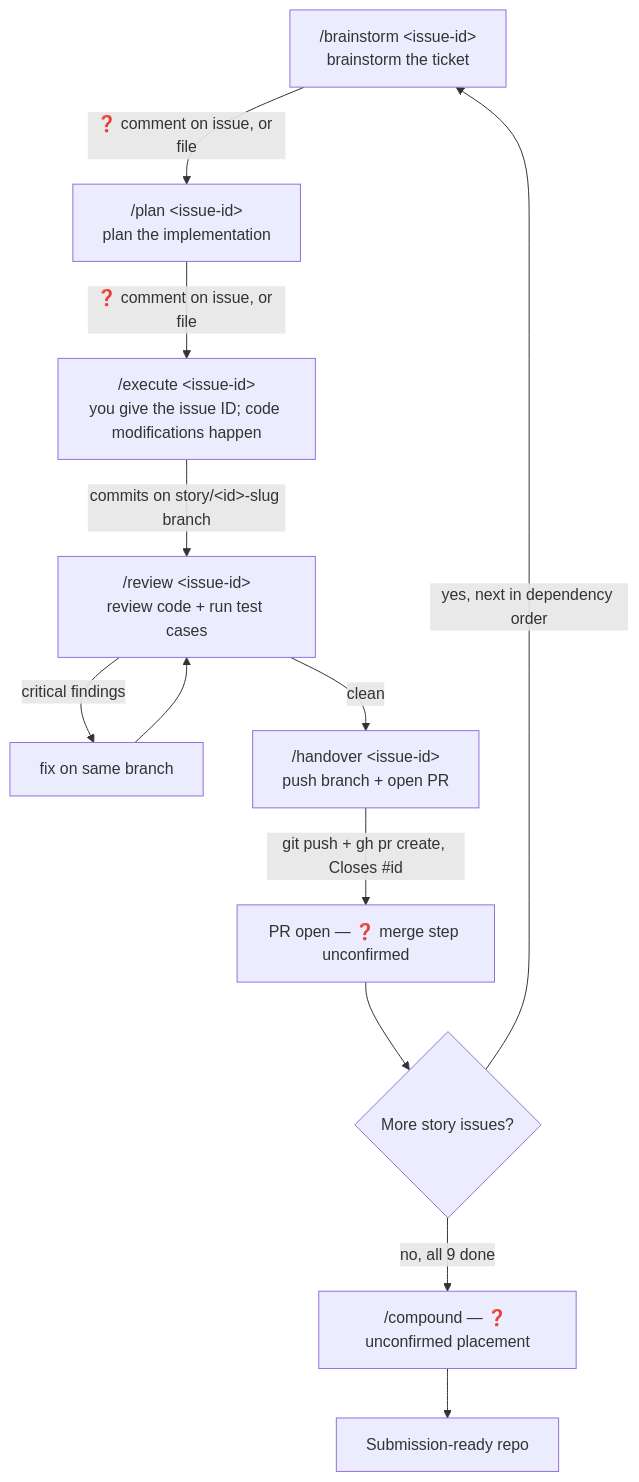
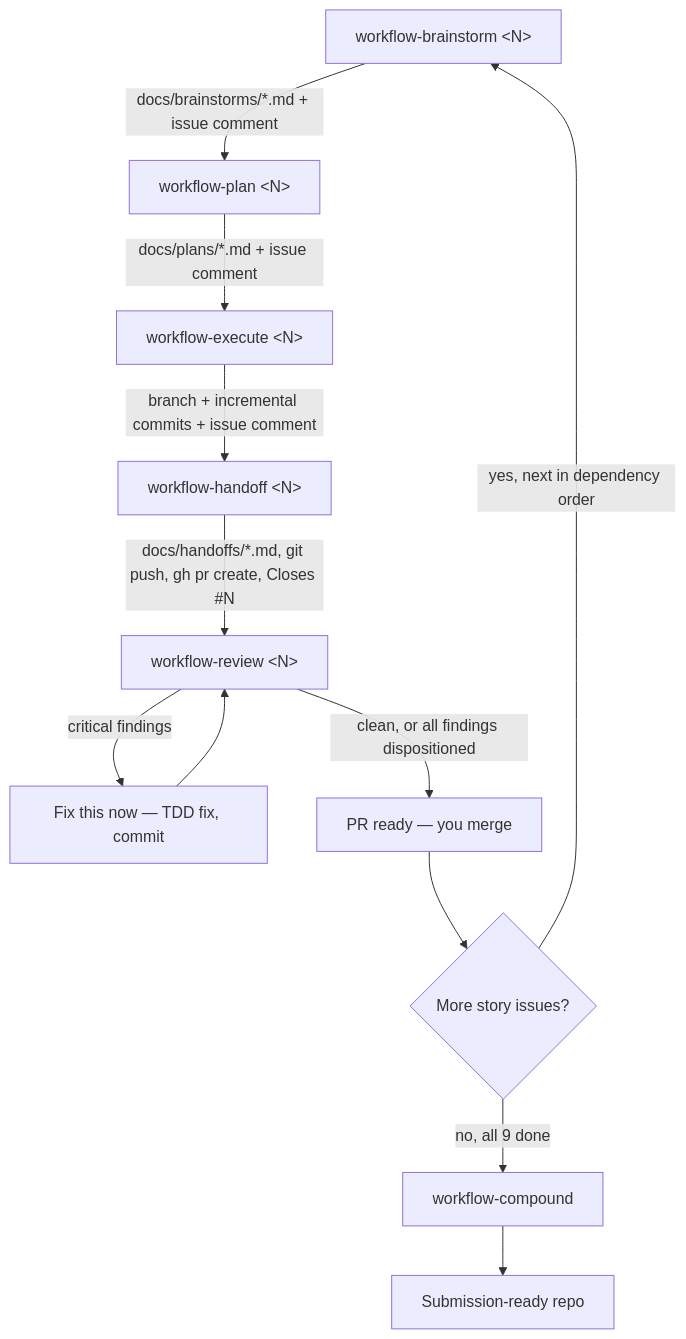
The diagram in AIDLC-USAGE-GUIDE.md (vijaykgubbala/EventLedger), drawn with Mermaid before and after one commit. The commit also changed other lines of this file and 10 other files, not shown here.

````diff
--- a/AIDLC-USAGE-GUIDE.md
+++ b/AIDLC-USAGE-GUIDE.md
@@ -224,14 +126,14 @@
 ```mermaid
 flowchart TD
-    A["/brainstorm &lt;issue-id&gt;<br/>brainstorm the ticket"] -->|"❓ comment on issue, or file"| B["/plan &lt;issue-id&gt;<br/>plan the implementation"]
-    B -->|"❓ comment on issue, or file"| C["/execute &lt;issue-id&gt;<br/>you give the issue ID; code modifications happen"]
-    C -->|"commits on story/&lt;id&gt;-slug branch"| D["/review &lt;issue-id&gt;<br/>review code + run test cases"]
-    D -->|"critical findings"| E["fix on same branch"]
-    E --> D
-    D -->|"clean"| F["/handover &lt;issue-id&gt;<br/>push branch + open PR"]
-    F -->|"git push + gh pr create, Closes #id"| G["PR open — ❓ merge step unconfirmed"]
+    A["workflow-brainstorm &lt;N&gt;"] -->|"docs/brainstorms/*.md + issue comment"| B["workflow-plan &lt;N&gt;"]
+    B -->|"docs/plans/*.md + issue comment"| C["workflow-execute &lt;N&gt;"]
+    C -->|"branch + incremental commits + issue comment"| D["workflow-handoff &lt;N&gt;"]
+    D -->|"docs/handoffs/*.md, git push, gh pr create, Closes #N"| E["workflow-review &lt;N&gt;"]
+    E -->|"critical findings"| F["Fix this now — TDD fix, commit"]
+    F --> E
+    E -->|"clean, or all findings dispositioned"| G["PR ready — you merge"]
     G --> H{"More story issues?"}
     H -->|"yes, next in dependency order"| A
-    H -->|"no, all 9 done"| I["/compound — ❓ unconfirmed placement"]
+    H -->|"no, all 9 done"| I["workflow-compound"]
     I --> J["Submission-ready repo"]
 ```
````
